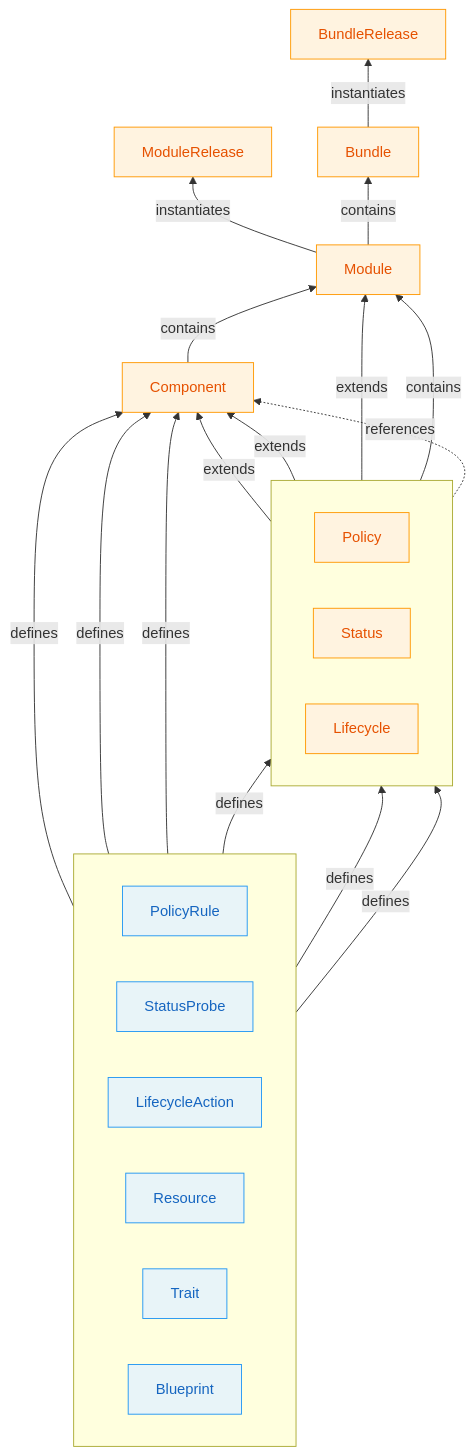
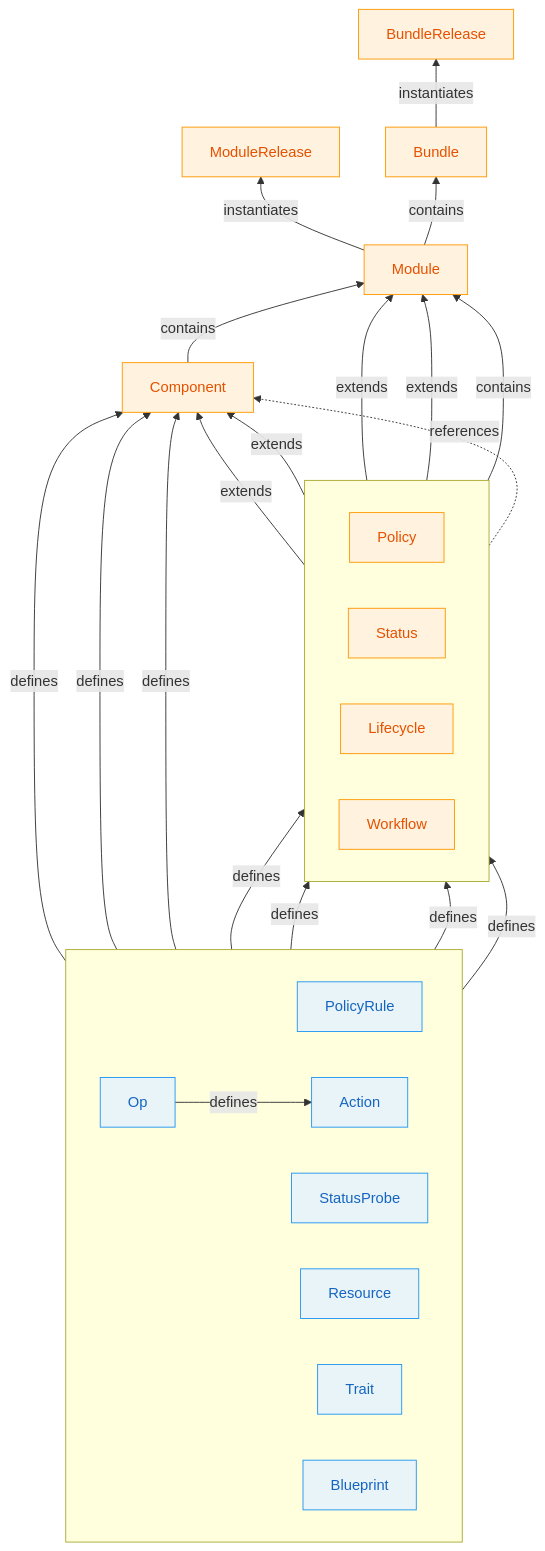
One commit to open-platform-model/catalog changed the diagram in docs/core/definition-types.md. Above: the diagram before and after it, drawn with Mermaid. The commit also changed other lines of this file and 44 other files, not shown here.

````diff
--- a/docs/core/definition-types.md
+++ b/docs/core/definition-types.md
@@ -9,47 +9,52 @@
 ```mermaid
 graph BT
     subgraph Primitives[" "]
         direction LR
         PolicyRule:::primitive
         StatusProbe:::primitive
-        LifecycleAction:::primitive
+        Op:::primitive
+        Action:::primitive
         Resource:::primitive
         Trait:::primitive
         Blueprint:::primitive
     end
 
     subgraph Composites[" "]
         direction LR
         Policy:::construct
         Status:::construct
         Lifecycle:::construct
+        Workflow:::construct
     end
 
     %% Primitives define their direct constructs
     PolicyRule -->|defines| Policy
     StatusProbe -->|defines| Status
-    LifecycleAction -->|defines| Lifecycle
+    Op -->|defines| Action
+    Action -->|defines| Lifecycle
+    Action -->|defines| Workflow
 
     %% Primitives define Component
     Resource -->|defines| Component:::construct
     Trait -->|defines| Component
     Blueprint -->|defines| Component
 
     %% Cross-cutting constructs extend Component/Module
     Status -->|extends| Component
     Lifecycle -->|extends| Component
     Lifecycle -->|extends| Module
+    Workflow -->|extends| Module
 
     %% Structural containment
     Policy -->|contains| Module:::construct
     Policy -.->|references| Component
     Component -->|contains| Module
 
     %% Instantiation
     Module -->|instantiates| ModuleRelease:::construct
     Module -->|contains| Bundle:::construct
     Bundle -->|instantiates| BundleRelease:::construct
 
     classDef primitive fill:#e8f4f8,stroke:#2196F3,color:#1565C0
     classDef construct fill:#fff3e0,stroke:#FF9800,color:#E65100
 ```
````
